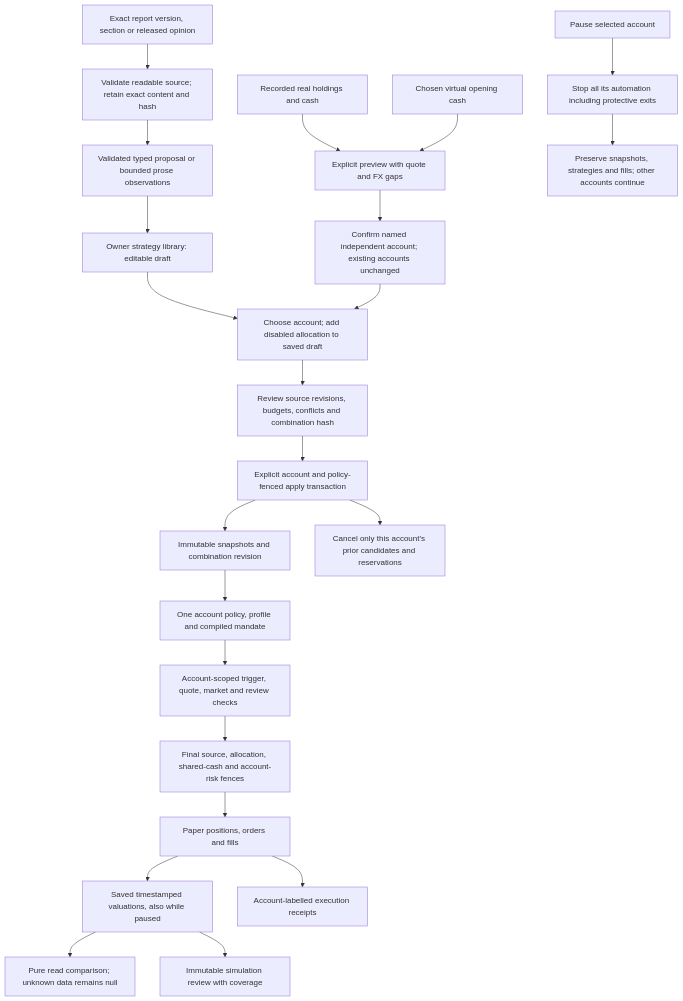
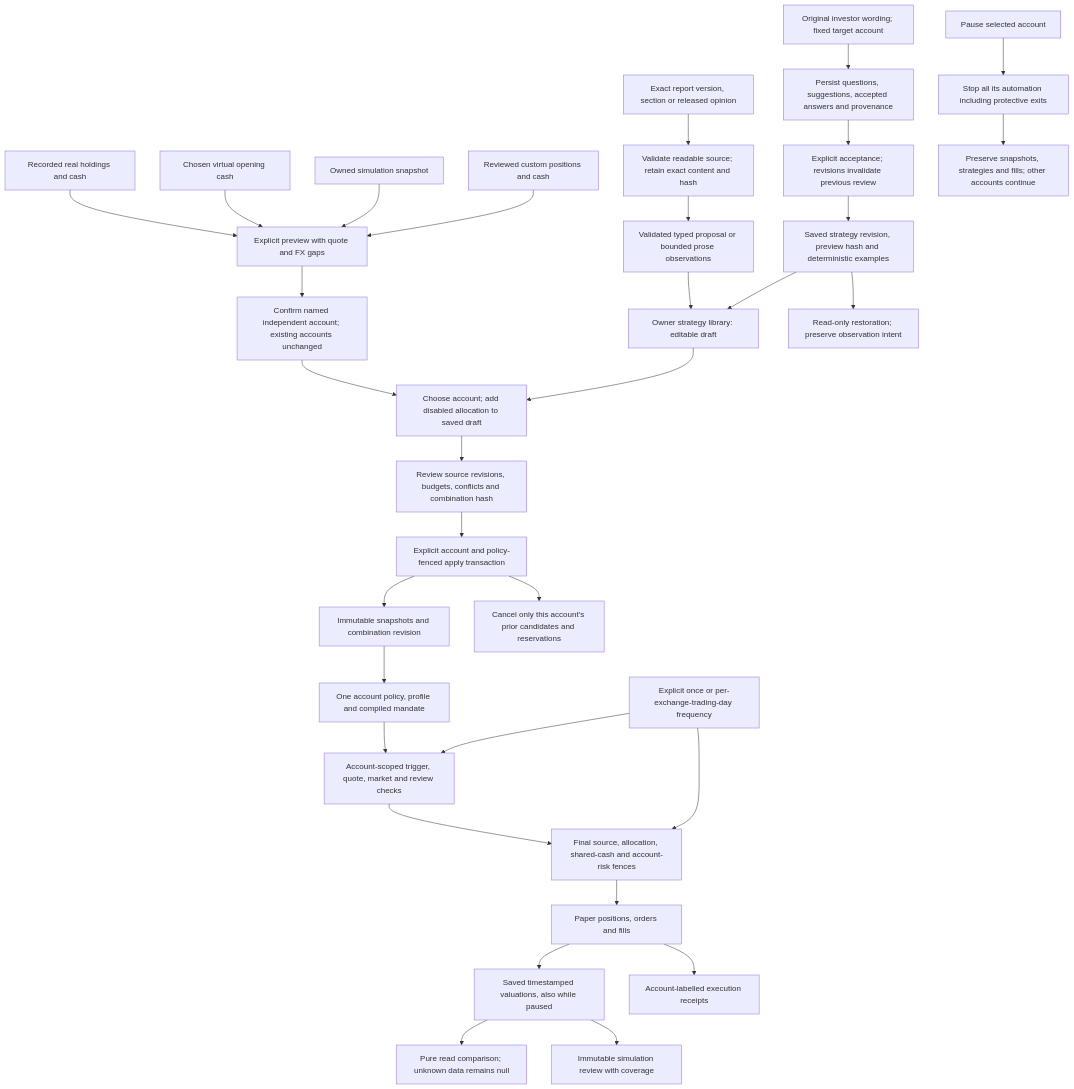
One commit to Lueyu/squabble changed the third of 5 diagrams in docs/architecture.md. Above: the diagram before and after it, drawn with Mermaid. The commit also changed other lines of this file and 155 other files, not shown here.

````diff
--- a/docs/architecture.md
+++ b/docs/architecture.md
@@ -129,25 +154,34 @@
 ```mermaid
 flowchart TD
     real["Recorded real holdings and cash"] --> seed["Explicit preview with quote and FX gaps"]
     virtual["Chosen virtual opening cash"] --> seed
+    ownedPaper["Owned simulation snapshot"] --> seed
+    custom["Reviewed custom positions and cash"] --> seed
     seed --> create["Confirm named independent account; existing accounts unchanged"]
     source["Exact report version, section or released opinion"] --> readable["Validate readable source; retain exact content and hash"]
     readable --> typed["Validated typed proposal or bounded prose observations"]
     typed --> draft["Owner strategy library: editable draft"]
+    idea["Original investor wording; fixed target account"] --> questions["Persist questions, suggestions, accepted answers and provenance"]
+    questions --> acceptAnswer["Explicit acceptance; revisions invalidate previous review"]
+    acceptAnswer --> savedReview["Saved strategy revision, preview hash and deterministic examples"]
+    savedReview --> draft
+    savedReview --> restoreReview["Read-only restoration; preserve observation intent"]
     draft --> target["Choose account; add disabled allocation to saved draft"]
     create --> target
     target --> preview["Review source revisions, budgets, conflicts and combination hash"]
     preview --> apply["Explicit account and policy-fenced apply transaction"]
     apply --> authority["Immutable snapshots and combination revision"]
     apply --> cancel["Cancel only this account's prior candidates and reservations"]
     authority --> runtime["One account policy, profile and compiled mandate"]
     runtime --> schedule["Account-scoped trigger, quote, market and review checks"]
     schedule --> order["Final source, allocation, shared-cash and account-risk fences"]
+    frequency["Explicit once or per-exchange-trading-day frequency"] --> schedule
+    frequency --> order
     order --> ledger["Paper positions, orders and fills"]
     pause["Pause selected account"] --> stop["Stop all its automation including protective exits"]
     stop --> history["Preserve snapshots, strategies and fills; other accounts continue"]
     ledger --> valuation["Saved timestamped valuations, also while paused"]
     valuation --> comparison["Pure read comparison; unknown data remains null"]
     valuation --> review["Immutable simulation review with coverage"]
     ledger --> channel["Account-labelled execution receipts"]
 ```
````
